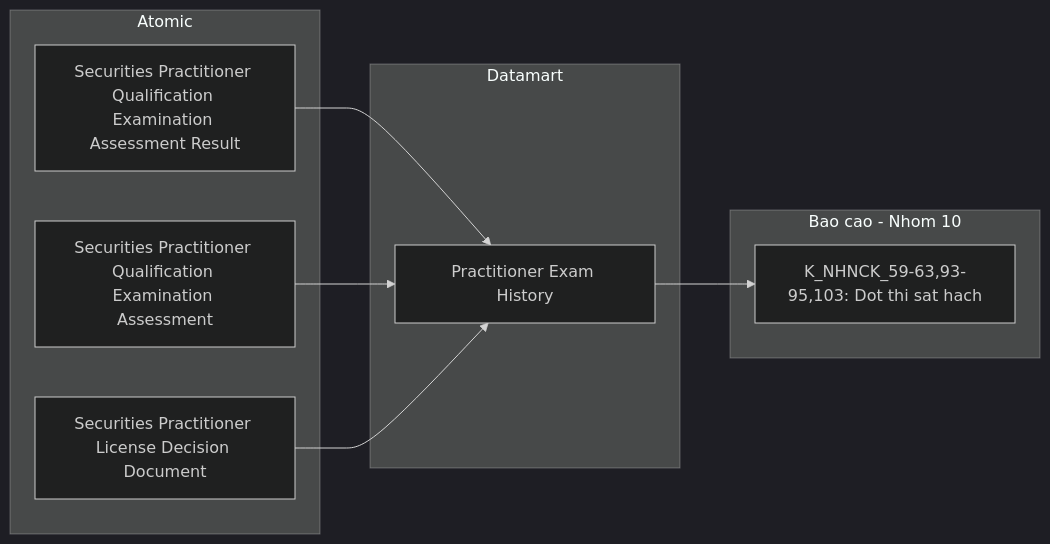
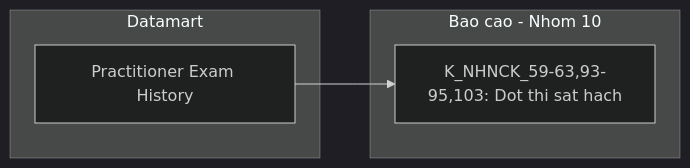
Diagram 33 of 40 in Datamart/hld/DTM_NHNCK_HLD.md (linhlvit/ubck_atomic_design), drawn with Mermaid (dark theme) before and after one commit. The commit also changed other lines of this file and 35 other files, not shown here.

````diff
--- a/Datamart/hld/DTM_NHNCK_HLD.md
+++ b/Datamart/hld/DTM_NHNCK_HLD.md
@@ -1384,18 +1348,10 @@
 ```mermaid
 flowchart LR
-    subgraph SIL["Atomic"]
-        SV1["Securities Practitioner Qualification Examination Assessment Result"]
-        SV2["Securities Practitioner Qualification Examination Assessment"]
-        SV3["Securities Practitioner License Decision Document"]
-    end
     subgraph Datamart["Datamart"]
         G1["Practitioner Exam History"]
     end
     subgraph RPT["Bao cao - Nhom 10"]
         R1["K_NHNCK_59-63,93-95,103: Dot thi sat hach"]
     end
-    SV1 --> G1
-    SV2 --> G1
-    SV3 --> G1
     G1 --> R1
 ```
````
